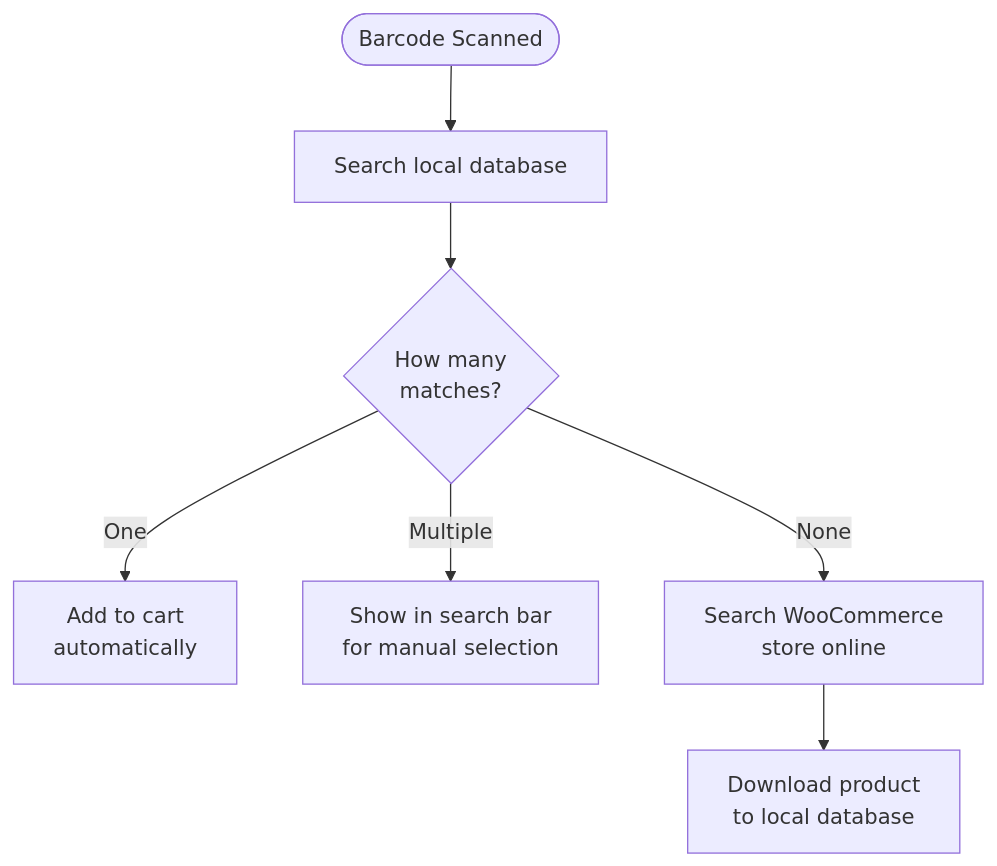
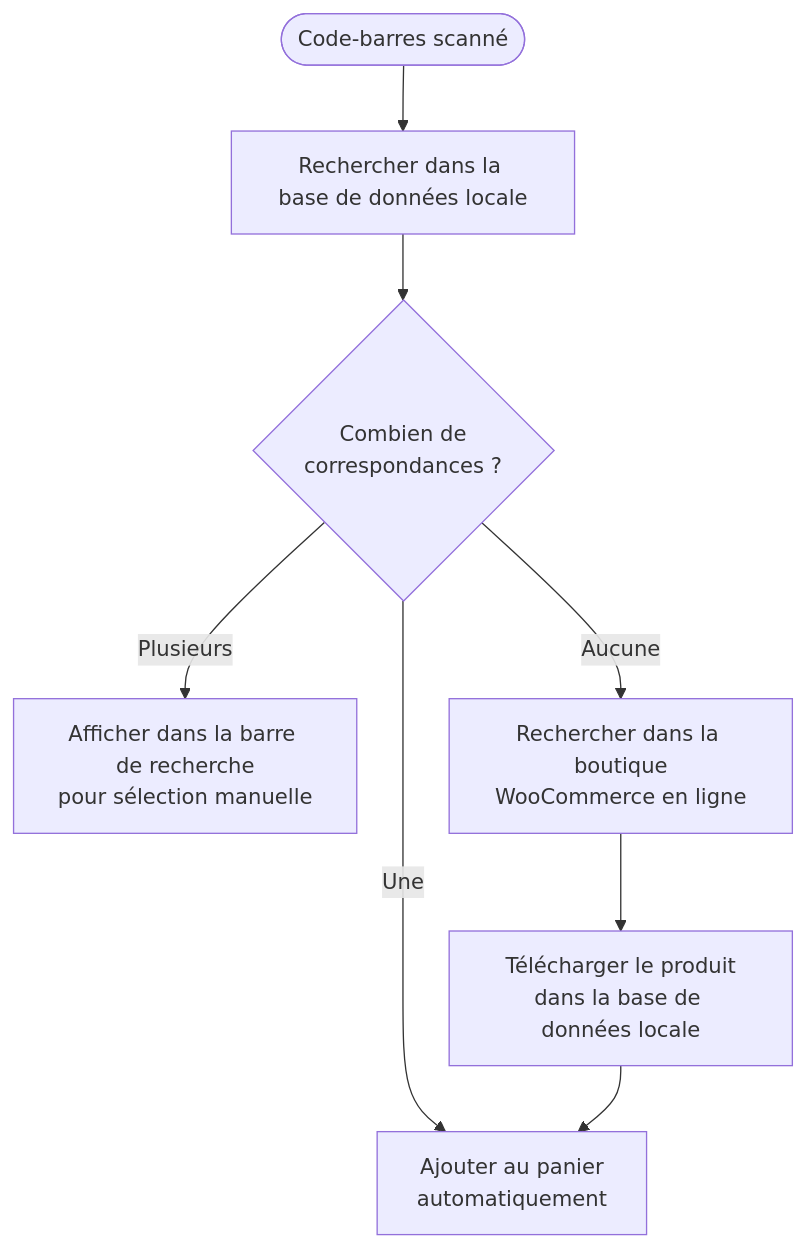
The diagram in i18n/fr/docusaurus-plugin-content-docs/version-1.x/pos/product-panel/barcode-scanning.mdx (wcpos/docs), drawn with Mermaid before and after one commit. The commit also changed other lines of this file and 186 other files, not shown here.

````diff
--- a/i18n/fr/docusaurus-plugin-content-docs/version-1.x/pos/product-panel/barcode-scanning.mdx
+++ b/i18n/fr/docusaurus-plugin-content-docs/version-1.x/pos/product-panel/barcode-scanning.mdx
@@ -65,9 +70,10 @@
 ```mermaid
 flowchart TD
-    Scan([Barcode Scanned]) --> Lookup[Search local database]
-    Lookup --> Check{How many\nmatches?}
-    Check -->|One| Cart[Add to cart\nautomatically]
-    Check -->|Multiple| Search[Show in search bar\nfor manual selection]
-    Check -->|None| Online[Search WooCommerce\nstore online]
-    Online --> Download[Download product\nto local database]
+    Scan([Code-barres scanné]) --> Lookup[Rechercher dans la base de données locale]
+    Lookup --> Check{Combien de\ncorrespondances ?}
+    Check -->|Une| Cart[Ajouter au panier\nautomatiquement]
+    Check -->|Plusieurs| Search[Afficher dans la barre de recherche\npour sélection manuelle]
+    Check -->|Aucune| Online[Rechercher dans la boutique\nWooCommerce en ligne]
+    Online --> Download[Télécharger le produit\ndans la base de données locale]
+    Download --> Cart
 ```
````
